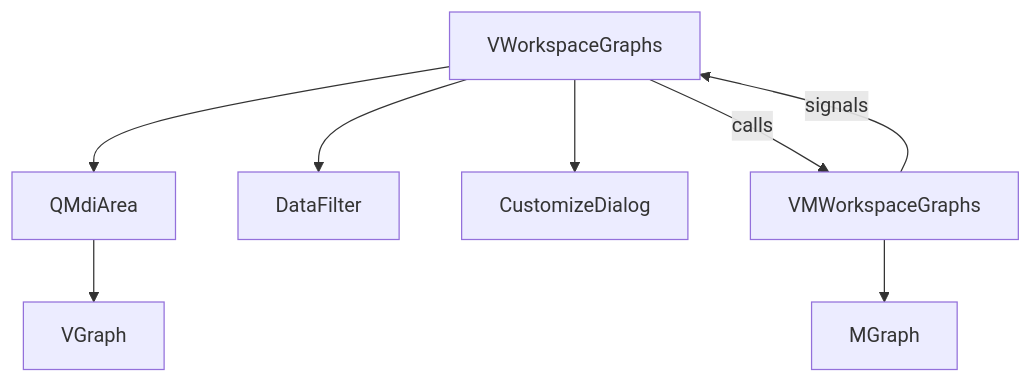
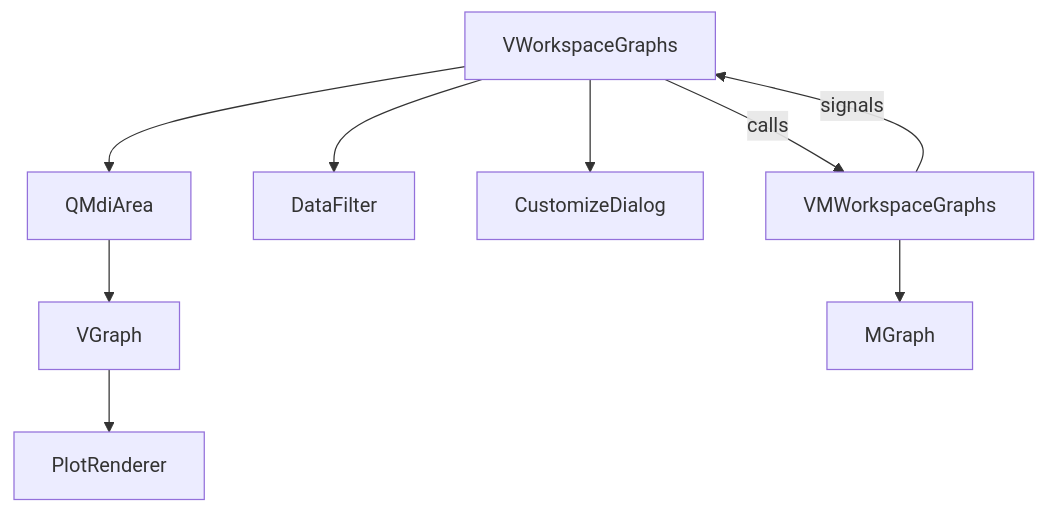
One commit to CEA-MetroCarac/SPECTROview changed the first of 2 diagrams in docs/developer/graphs.md. Above: the diagram before and after it, drawn with Mermaid. The commit also changed other lines of this file and 3 other files, not shown here.

````diff
--- a/docs/developer/graphs.md
+++ b/docs/developer/graphs.md
@@ -9,11 +9,12 @@
 ```mermaid
 graph TD
     VWG["VWorkspaceGraphs"] --> MDI["QMdiArea"]
     MDI --> VG["VGraph"]
+    VG --> PR["PlotRenderer"]
     VWG --> DF["DataFilter"]
     VWG --> CGD["CustomizeDialog"]
 
     VWG -->|"calls"| VMWG["VMWorkspaceGraphs"]
     VMWG -->|"signals"| VWG
     VMWG --> MG["MGraph"]
 ```
````
